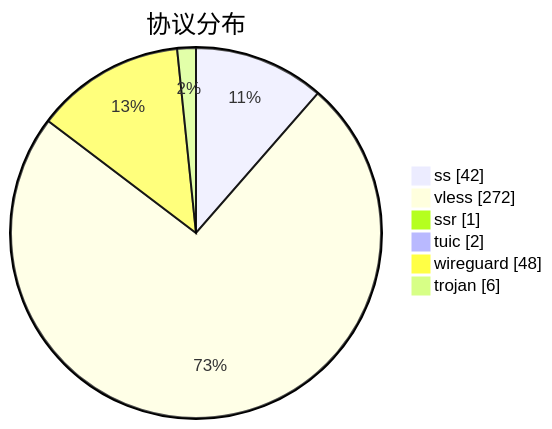
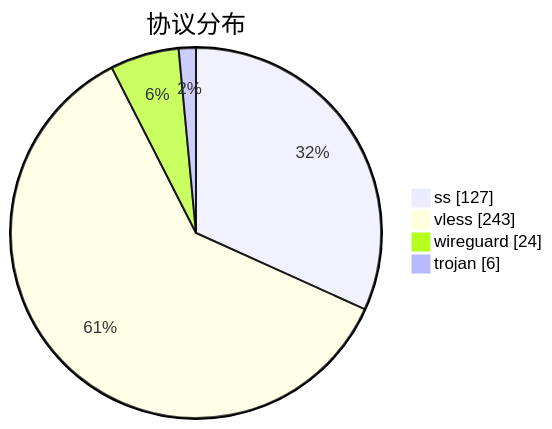
One commit to qjlxg/airport changed the third of 3 diagrams in subs/statistics/tested_within.md. Above: the diagram before and after it, drawn with Mermaid. The commit also changed other lines of this file and 2 other files, not shown here.

````diff
--- a/subs/statistics/tested_within.md
+++ b/subs/statistics/tested_within.md
@@ -27,10 +30,8 @@
 ```mermaid
 pie showData
 title 协议分布
-"ss" : 42
-"vless" : 272
-"ssr" : 1
-"tuic" : 2
-"wireguard" : 48
+"ss" : 127
+"vless" : 243
+"wireguard" : 24
 "trojan" : 6
 ```
````
